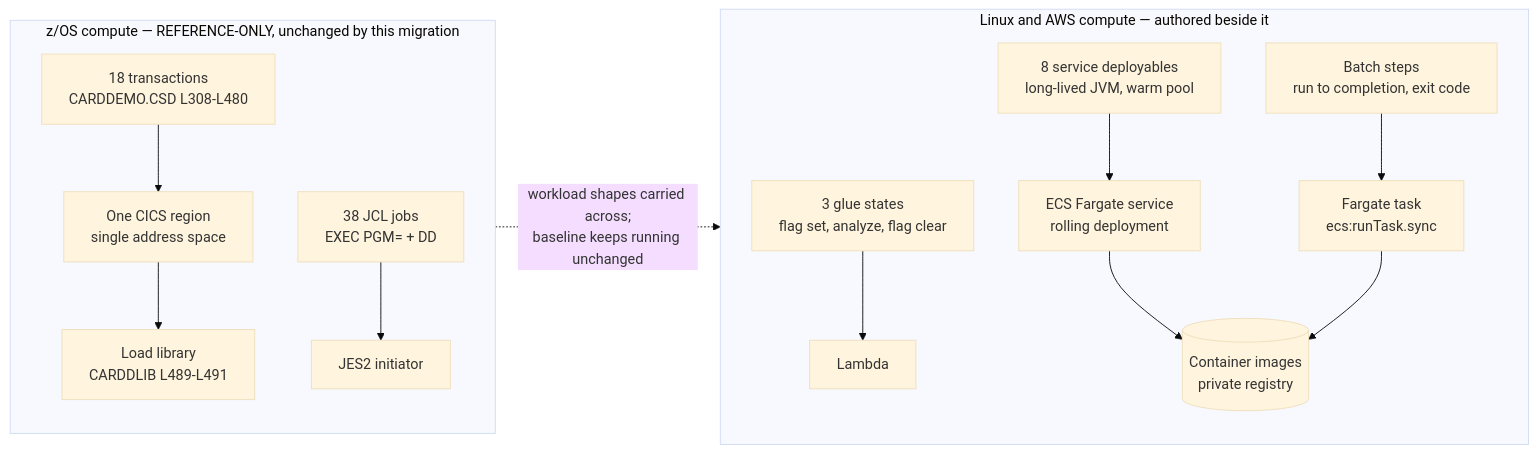
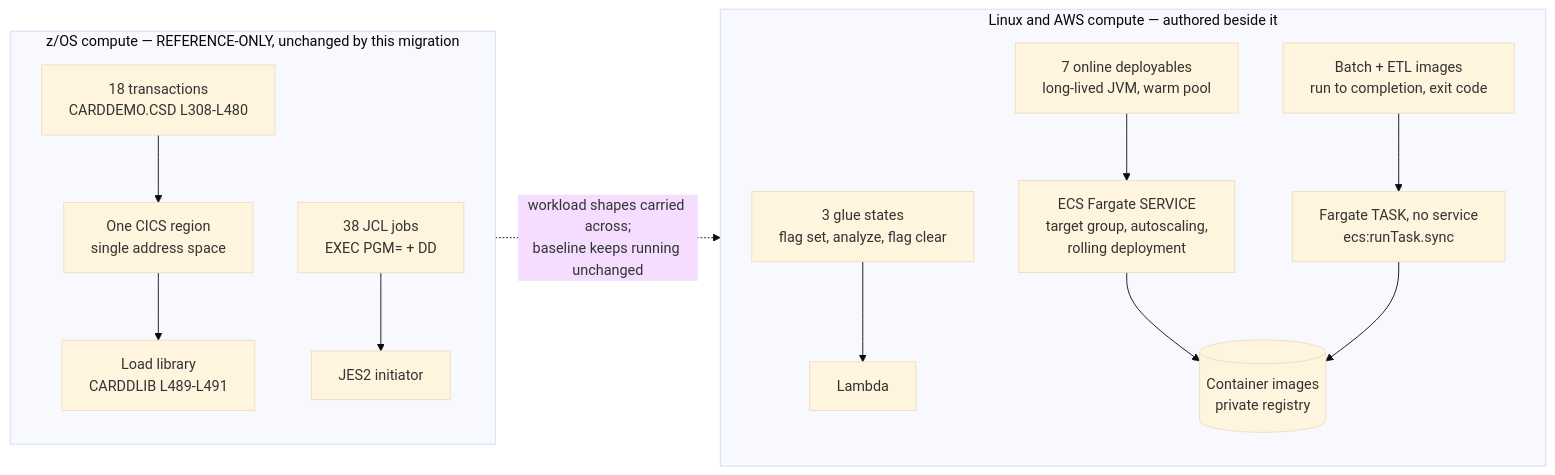
One commit to Blitzy-LocalStack/aws-mainframe-modernization-carddemo changed the diagram in docs/adr/ADR-002-compute-platform.md. Above: the diagram before and after it, drawn with Mermaid (base theme). The commit also changed other lines of this file and 362 other files, not shown here.

````diff
--- a/docs/adr/ADR-002-compute-platform.md
+++ b/docs/adr/ADR-002-compute-platform.md
@@ -122,20 +166,23 @@
 ```mermaid
 graph LR
     subgraph REF["z/OS compute — REFERENCE-ONLY, unchanged by this migration"]
         T["18 transactions<br/>CARDDEMO.CSD L308-L480"] --> R["One CICS region<br/>single address space"]
         R --> LL["Load library<br/>CARDDLIB L489-L491"]
         J["38 JCL jobs<br/>EXEC PGM= + DD"] --> JES["JES2 initiator"]
     end
 
     subgraph TGT["Linux and AWS compute — authored beside it"]
-        S["8 service deployables<br/>long-lived JVM, warm pool"] --> F["ECS Fargate service<br/>rolling deployment"]
-        B["Batch steps<br/>run to completion, exit code"] --> FT["Fargate task<br/>ecs:runTask.sync"]
+        S["7 online deployables<br/>long-lived JVM, warm pool"] --> F["ECS Fargate SERVICE<br/>target group, autoscaling,<br/>rolling deployment"]
+        B["Batch + ETL images<br/>run to completion, exit code"] --> FT["Fargate TASK, no service<br/>ecs:runTask.sync"]
         G["3 glue states<br/>flag set, analyze, flag clear"] --> L["Lambda"]
         F --> IMG[("Container images<br/>private registry")]
         FT --> IMG
     end
 
     REF -.->|"workload shapes carried across;<br/>baseline keeps running unchanged"| TGT
-%% Three shapes, three models. The one-way arrow is deliberate: nothing in the
-%% target writes back into the left-hand side, and the left-hand side keeps running.
+%% Three shapes, three models. The eight deployables split 7/1 across the first
+%% two rows -- the batch context has a task definition and no long-running
+%% service -- so the deployable count and the service count are different counts.
+%% The one-way arrow is deliberate: nothing in the target writes back into the
+%% left-hand side, and the left-hand side keeps running.
 ```
````
